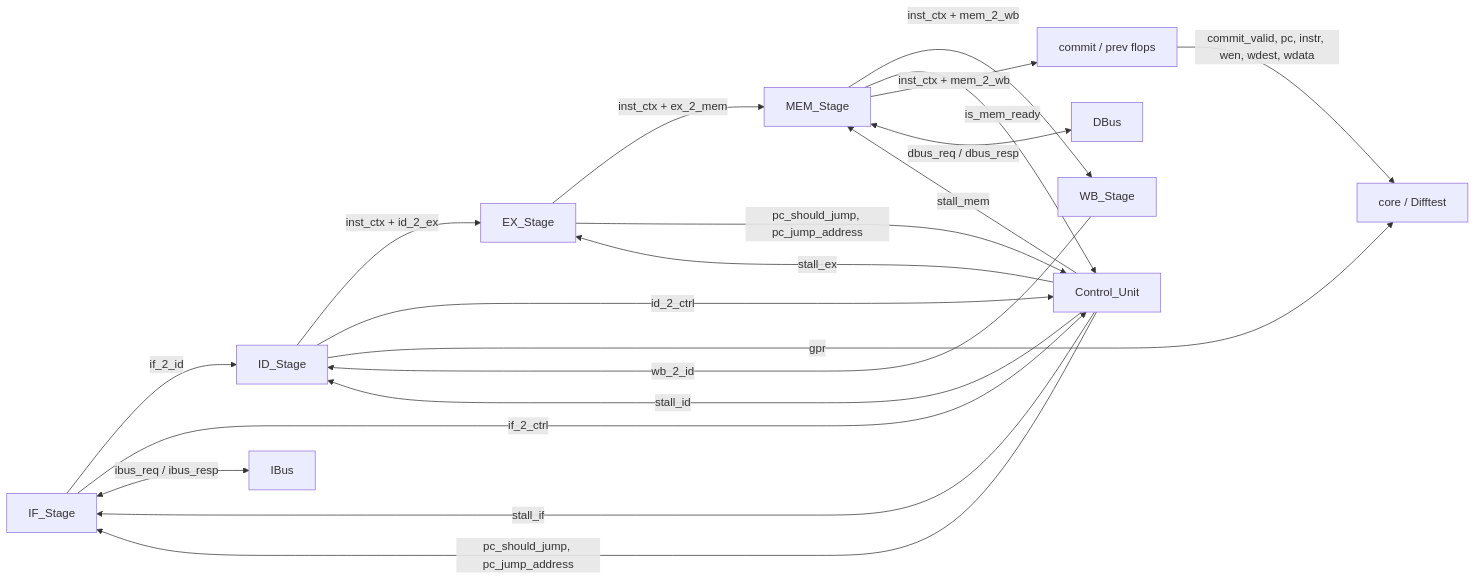
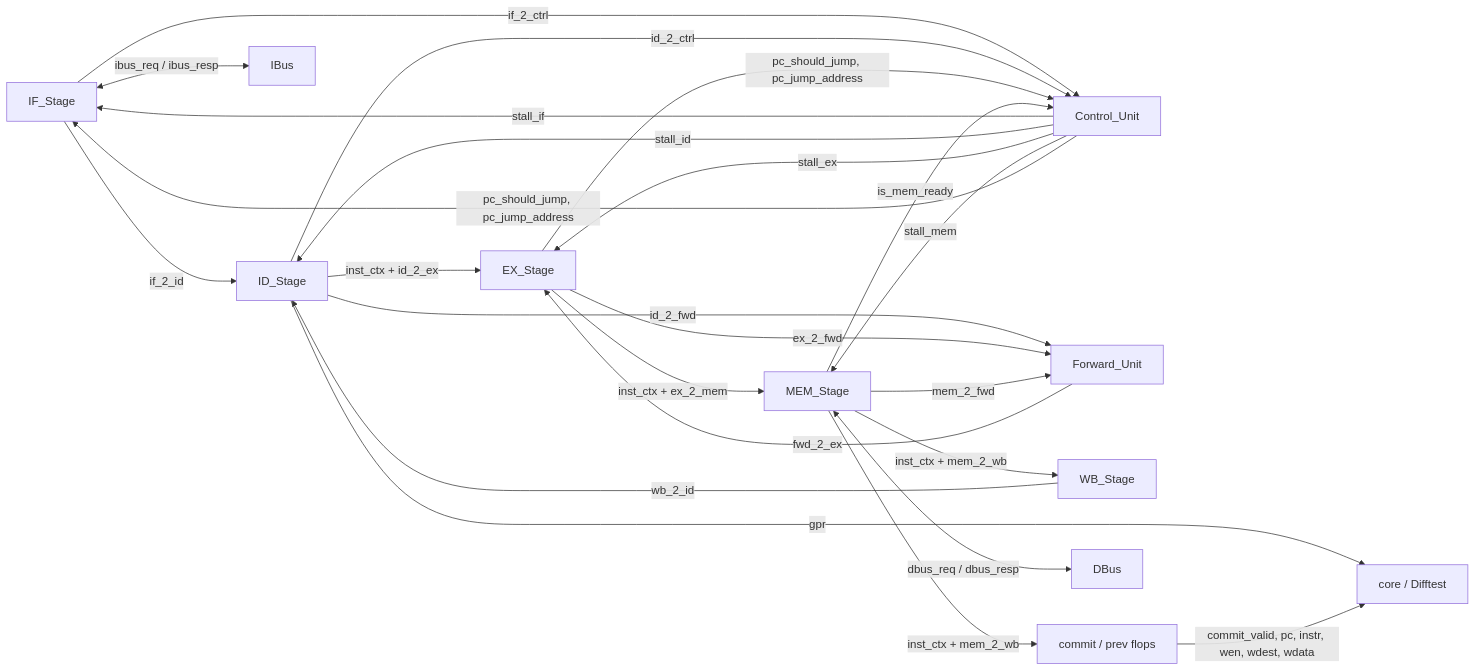
Before and after one commit to zhao-jingyan/26-Arch: the sixth of 6 diagrams in design/arch_v2.md, drawn with Mermaid. The commit also changed other lines of this file and 7 other files, not shown here.

````diff
--- a/design/arch_v2.md
+++ b/design/arch_v2.md
@@ -752,29 +817,34 @@
 ```mermaid
 flowchart LR
     IFStage[IF_Stage] -->|if_2_id| IDStage[ID_Stage]
     IFStage -->|if_2_ctrl| Ctrl[Control_Unit]
 
     IDStage -->|inst_ctx + id_2_ex| EXStage[EX_Stage]
+    IDStage -->|id_2_fwd| FWD[Forward_Unit]
     IDStage -->|id_2_ctrl| Ctrl
     IDStage -->|gpr| CoreOut[core / Difftest]
 
     EXStage -->|inst_ctx + ex_2_mem| MEMStage[MEM_Stage]
+    EXStage -->|ex_2_fwd| FWD
     EXStage -->|pc_should_jump, pc_jump_address| Ctrl
 
     MEMStage -->|inst_ctx + mem_2_wb| WBStage[WB_Stage]
+    MEMStage -->|mem_2_fwd| FWD
     MEMStage -->|is_mem_ready| Ctrl
     MEMStage -->|inst_ctx + mem_2_wb| Commit["commit / prev flops"]
 
     WBStage -->|wb_2_id| IDStage
+
+    FWD -->|fwd_2_ex| EXStage
 
     Ctrl -->|stall_if| IFStage
     Ctrl -->|stall_id| IDStage
     Ctrl -->|stall_ex| EXStage
     Ctrl -->|stall_mem| MEMStage
     Ctrl -->|pc_should_jump, pc_jump_address| IFStage
 
     IFStage <-->|ibus_req / ibus_resp| IBus
     MEMStage <-->|dbus_req / dbus_resp| DBus
 
     Commit -->|commit_valid, pc, instr, wen, wdest, wdata| CoreOut
 ```
````
